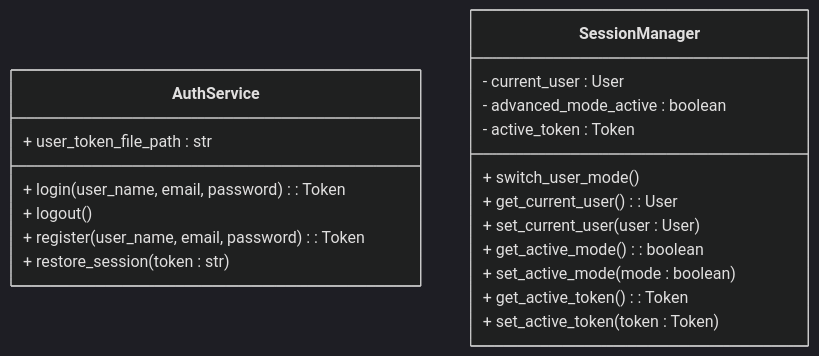
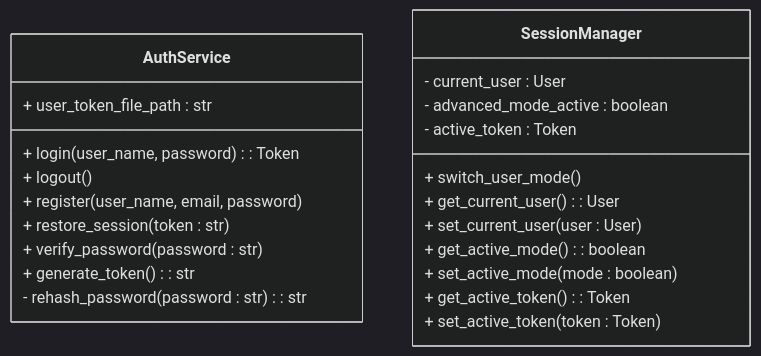
Before and after one commit to alegrelias/Repo-GMini: diagram 20 of 33 in Gmini-MarkDown/Guanaco Mini.md, drawn with Mermaid (dark theme). The commit also changed other lines of this file, not shown here.

````diff
--- a/Gmini-MarkDown/Guanaco Mini.md
+++ b/Gmini-MarkDown/Guanaco Mini.md
@@ -1774,24 +1526,27 @@
 ```mermaid
 classDiagram
 %% usuario
 class AuthService{
 	+ user_token_file_path : str
-	+ login(user_name, email, password) : Token
+	+ login(user_name, password) : Token
 	+ logout()
-	+ register(user_name, email, password) : Token
+	+ register(user_name, email, password)
 	+ restore_session(token : str)
+	+ verify_password(password : str)
+	+ generate_token() : str
+	- rehash_password(password : str) : str
 }
 
 class SessionManager{
 	- current_user : User
 	- advanced_mode_active : boolean
 	- active_token : Token
 	+ switch_user_mode()
 	+ get_current_user() : User
 	+ set_current_user(user : User)
 	+ get_active_mode() : boolean
 	+ set_active_mode(mode : boolean)
 	+ get_active_token() : Token
 	+ set_active_token(token : Token)
 }
 ```
````
